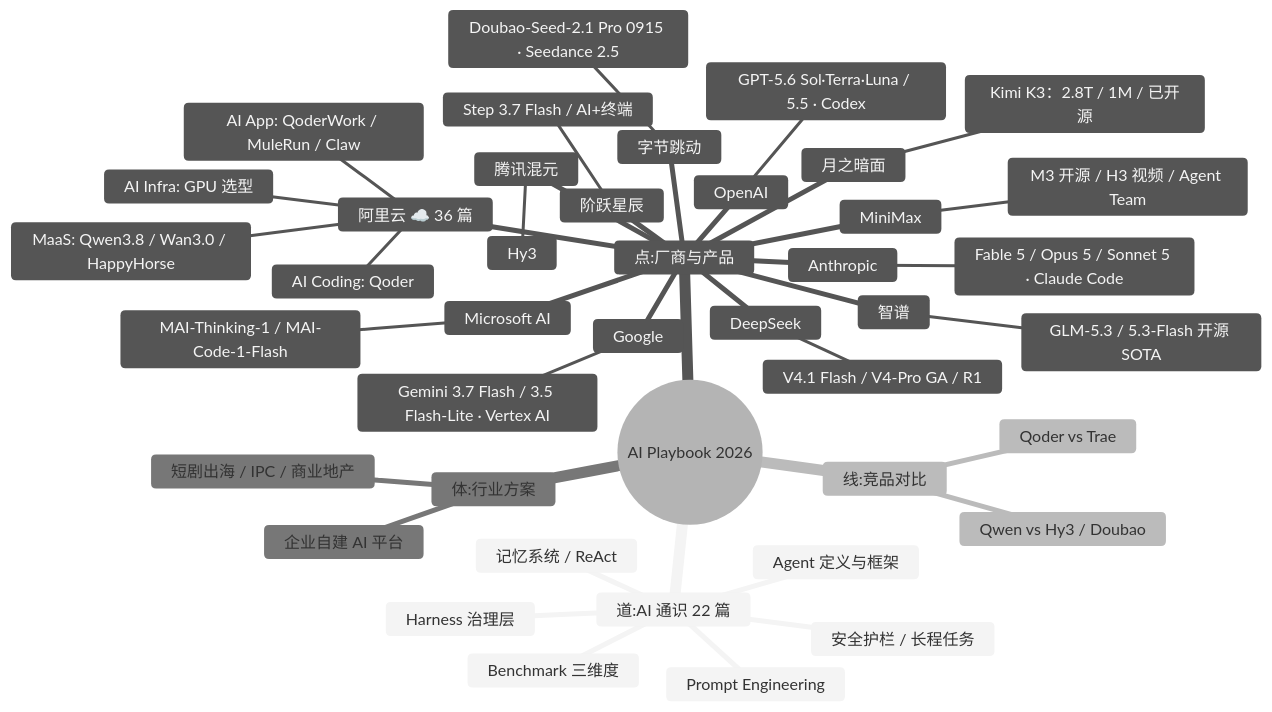
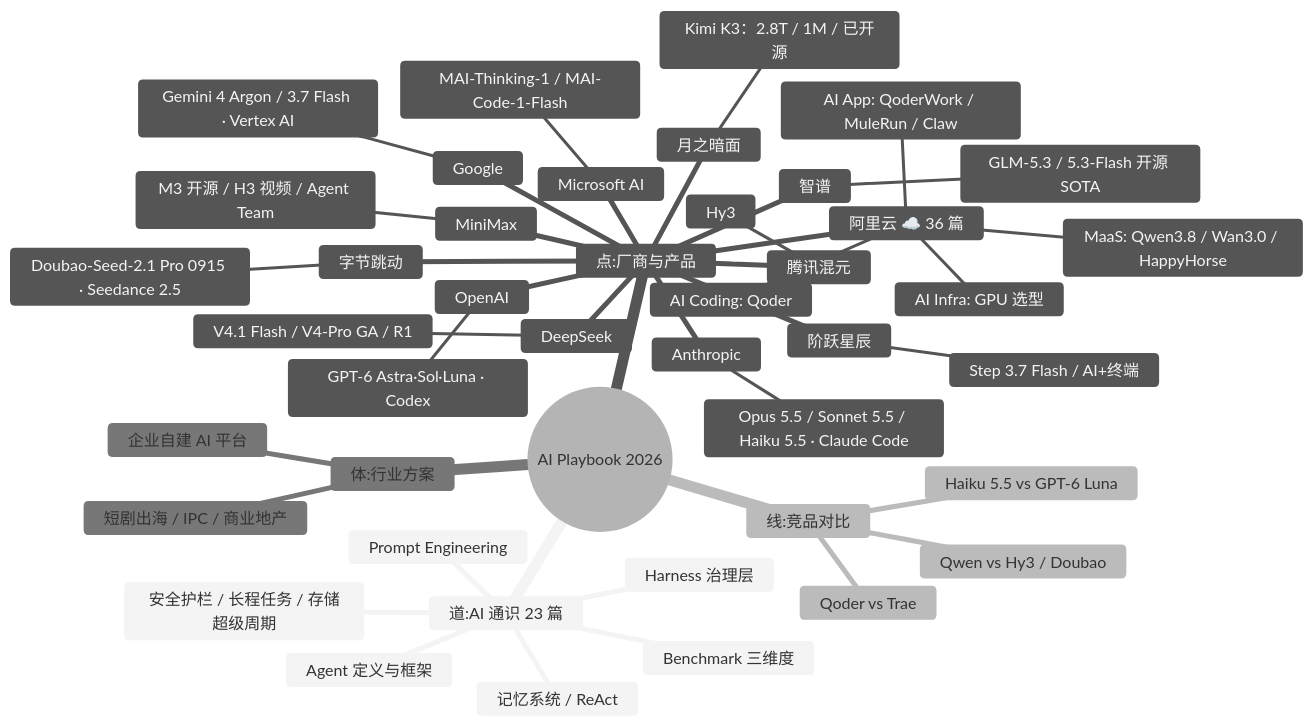
One commit to EthanNiWorld/ai-playbook-2026 changed the first of 2 diagrams in README.md. Above: the diagram before and after it, drawn with Mermaid (neutral theme). The commit also changed other lines of this file and 23 other files, not shown here.

````diff
--- a/README.md
+++ b/README.md
@@ -148,45 +149,46 @@
 ```mermaid
 mindmap
   root((AI Playbook 2026))
-    道:AI 通识 22 篇
+    道:AI 通识 23 篇
       Agent 定义与框架
       Harness 治理层
       Prompt Engineering
       Benchmark 三维度
       记忆系统 / ReAct
-      安全护栏 / 长程任务
+      安全护栏 / 长程任务 / 存储超级周期
     点:厂商与产品
       阿里云 ☁️ 36 篇
         MaaS: Qwen3.8 / Wan3.0 / HappyHorse
         AI Coding: Qoder
         AI App: QoderWork / MuleRun / Claw
         AI Infra: GPU 选型
       Anthropic
-        Fable 5 / Opus 5 / Sonnet 5 · Claude Code
+        Opus 5.5 / Sonnet 5.5 / Haiku 5.5 · Claude Code
       OpenAI
-        GPT-5.6 Sol·Terra·Luna / 5.5 · Codex
+        GPT-6 Astra·Sol·Luna · Codex
       Google
-        Gemini 3.7 Flash / 3.5 Flash-Lite · Vertex AI
+        Gemini 4 Argon / 3.7 Flash · Vertex AI
       Microsoft AI
         MAI-Thinking-1 / MAI-Code-1-Flash
       DeepSeek
         V4.1 Flash / V4-Pro GA / R1
       智谱
         GLM-5.3 / 5.3-Flash 开源 SOTA
       月之暗面
         Kimi K3：2.8T / 1M / 已开源
       MiniMax
         M3 开源 / H3 视频 / Agent Team
       字节跳动
         Doubao-Seed-2.1 Pro 0915 · Seedance 2.5
       腾讯混元
         Hy3
       阶跃星辰
         Step 3.7 Flash / AI+终端
     线:竞品对比
       Qoder vs Trae
       Qwen vs Hy3 / Doubao
+      Haiku 5.5 vs GPT-6 Luna
     体:行业方案
       企业自建 AI 平台
       短剧出海 / IPC / 商业地产
 ```
````
